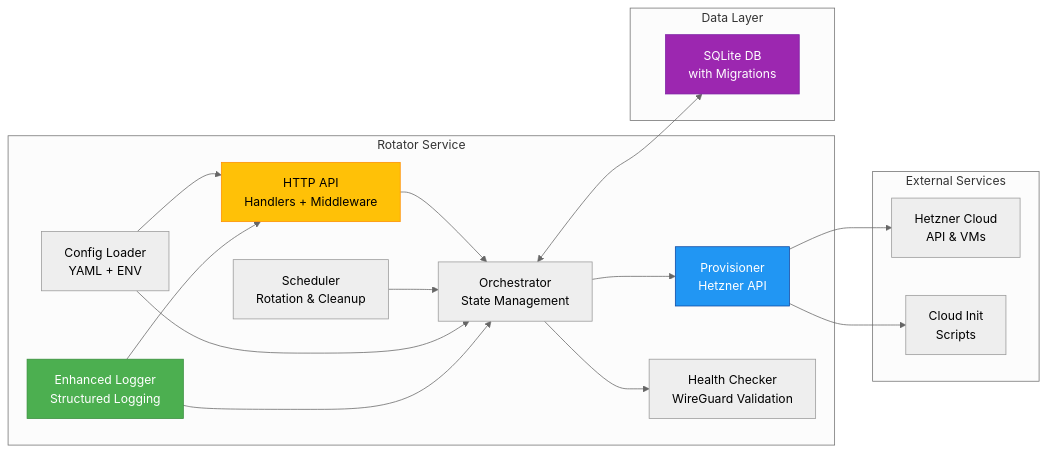
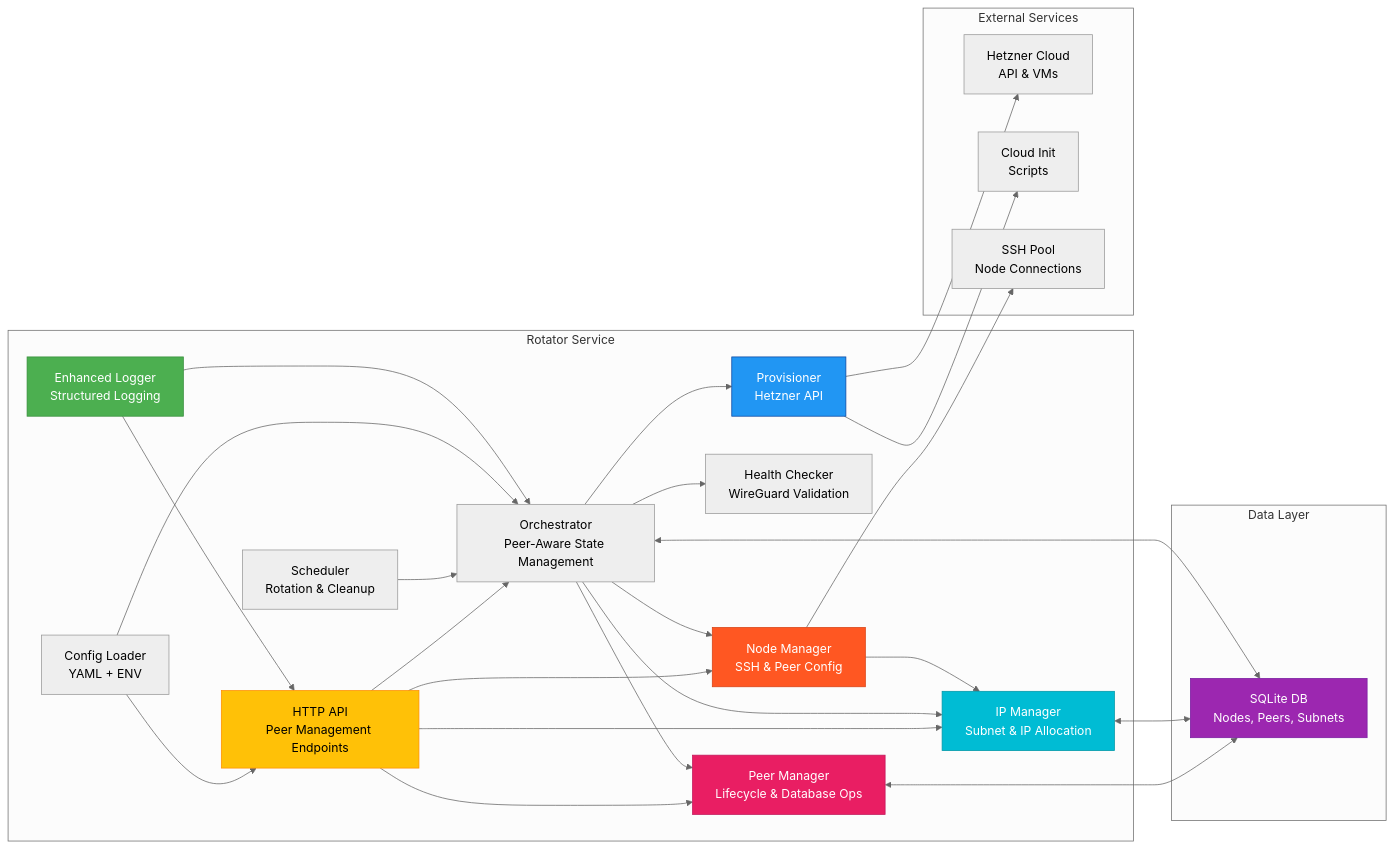
Before and after one commit to ChiquitaV2/vpn-rotator: the second of 15 diagrams in docs/architecture-detailed.md, drawn with Mermaid (neutral theme). The commit also changed other lines of this file and 59 other files, not shown here.

Commit message:
feat!: Peer management

````diff
--- a/docs/architecture-detailed.md
+++ b/docs/architecture-detailed.md
@@ -59,38 +60,57 @@
 ```mermaid
 graph LR
     subgraph "Rotator Service"
-        A["HTTP API<br/>Handlers + Middleware"]
+        A["HTTP API<br/>Peer Management Endpoints"]
         B["Scheduler<br/>Rotation & Cleanup"]
         C["Provisioner<br/>Hetzner API"]
-        D["Orchestrator<br/>State Management"]
+        D["Orchestrator<br/>Peer-Aware State Management"]
         E["Health Checker<br/>WireGuard Validation"]
         F["Config Loader<br/>YAML + ENV"]
         G["Enhanced Logger<br/>Structured Logging"]
+        H["Peer Manager<br/>Lifecycle & Database Ops"]
+        I["IP Manager<br/>Subnet & IP Allocation"]
+        J["Node Manager<br/>SSH & Peer Config"]
     end
     
     subgraph "Data Layer"
-        H["SQLite DB<br/>with Migrations"]
+        K["SQLite DB<br/>Nodes, Peers, Subnets"]
     end
     
     subgraph "External Services"
-        I["Hetzner Cloud<br/>API & VMs"]
-        J["Cloud Init<br/>Scripts"]
+        L["Hetzner Cloud<br/>API & VMs"]
+        M["Cloud Init<br/>Scripts"]
+        N["SSH Pool<br/>Node Connections"]
     end
     
     A --> D
+    A --> H
+    A --> I
+    A --> J
     B --> D
     D --> C
+    D --> H
+    D --> I
+    D --> J
     D --> E
-    D <--> H
-    C --> I
-    C --> J
+    H <--> K
+    I <--> K
+    J --> I
+    J --> N
+    D <--> K
+    C --> L
+    C --> M
     F --> A
     F --> D
     G --> A
     G --> D
     
     style A fill:#FFC107,stroke:#FF8F00,color:#000
     style C fill:#2196F3,stroke:#0D47A1,color:#fff
-    style H fill:#9C27B0,stroke:#7B1FA2,color:#fff
+    style K fill:#9C27B0,stroke:#7B1FA2,color:#fff
     style G fill:#4CAF50,stroke:#388E3C,color:#fff
+    style H fill:#E91E63,stroke:#C2185B,color:#fff
+    style I fill:#00BCD4,stroke:#0097A7,color:#fff
+    style J fill:#FF5722,stroke:#D84315,color:#fff
+
+
 ```
````
